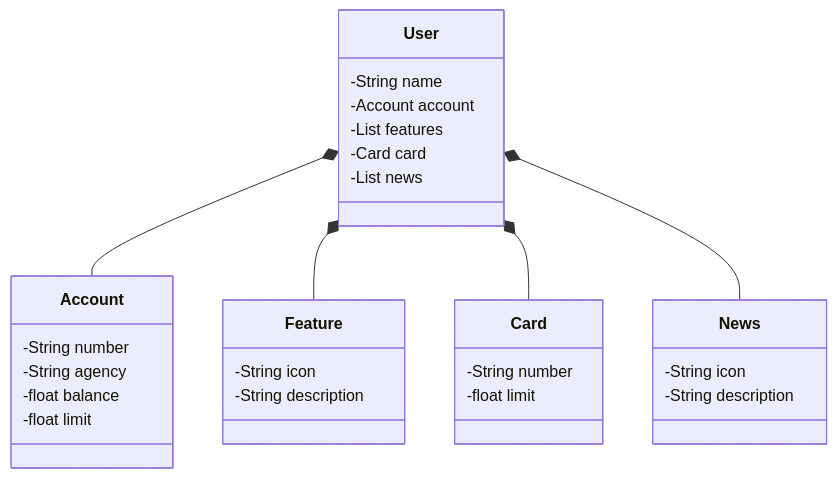
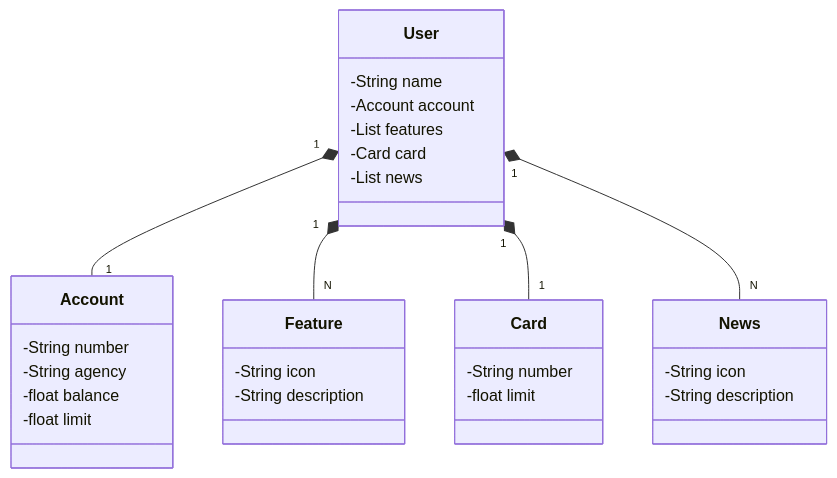
One commit to Namibo06/api_restfull_springboot_dio changed the diagram in README.md. Above: the diagram before and after it, drawn with Mermaid.

````diff
--- a/README.md
+++ b/README.md
@@ -2,37 +2,37 @@
 ``` mermaid
 classDiagram
     class User {
         -String name
         -Account account
         -List<Feature> features
         -Card card
         -List<News> news
     }
 
     class Account {
         -String number
         -String agency
         -float balance
         -float limit
     }
 
     class Feature {
         -String icon
         -String description
     }
 
     class Card {
         -String number
         -float limit
     }
 
     class News {
         -String icon
         -String description
     }
 
-    User *-- Account
-    User *-- Feature
-    User *-- Card
-    User *-- News
+    User "1" *-- "1" Account
+    User "1" *-- "N" Feature
+    User "1" *-- "1" Card
+    User "1" *-- "N" News
 ```
````
